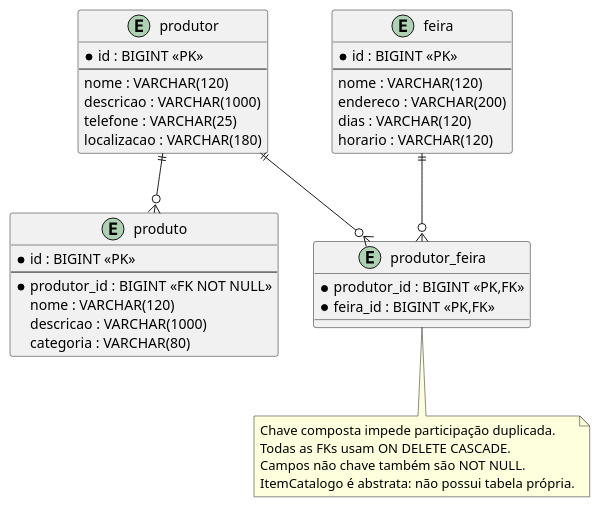
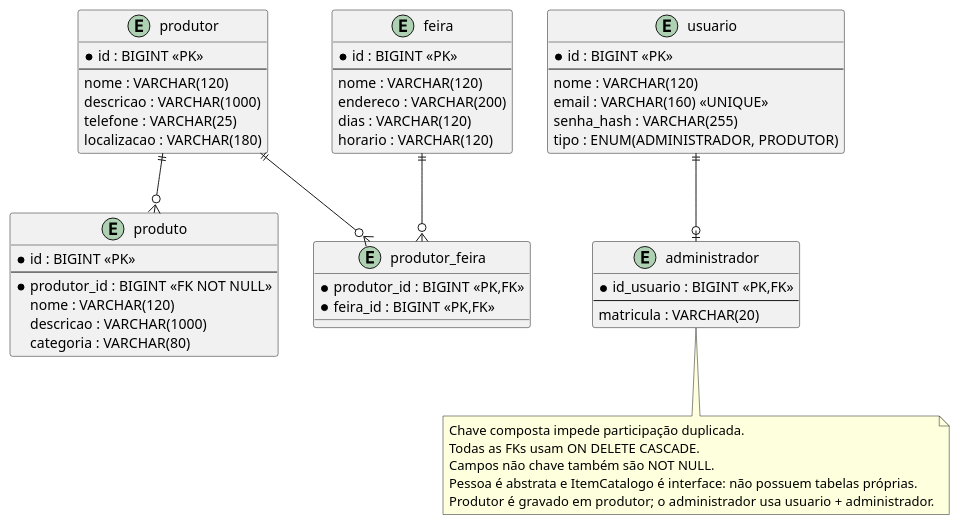
The diagram in docs/diagramas/Banco de dados.puml (KKojiio/raizes-da-terra), drawn with PlantUML before and after one commit. The commit also changed 3 other files, not shown here.

```diff
--- a/docs/diagramas/Banco de dados.puml
+++ b/docs/diagramas/Banco de dados.puml
@@ -1,39 +1,54 @@
 @startuml
 entity produtor {
  * id : BIGINT <<PK>>
  --
  nome : VARCHAR(120)
  descricao : VARCHAR(1000)
  telefone : VARCHAR(25)
  localizacao : VARCHAR(180)
 }
 entity produto {
  * id : BIGINT <<PK>>
  --
  * produtor_id : BIGINT <<FK NOT NULL>>
  nome : VARCHAR(120)
  descricao : VARCHAR(1000)
  categoria : VARCHAR(80)
 }
 entity feira {
  * id : BIGINT <<PK>>
  --
  nome : VARCHAR(120)
  endereco : VARCHAR(200)
  dias : VARCHAR(120)
  horario : VARCHAR(120)
 }
 entity produtor_feira {
  * produtor_id : BIGINT <<PK,FK>>
  * feira_id : BIGINT <<PK,FK>>
 }
 produtor ||--o{ produto
 produtor ||--o{ produtor_feira
 feira ||--o{ produtor_feira
+entity usuario {
+ * id : BIGINT <<PK>>
+ --
+ nome : VARCHAR(120)
+ email : VARCHAR(160) <<UNIQUE>>
+ senha_hash : VARCHAR(255)
+ tipo : ENUM(ADMINISTRADOR, PRODUTOR)
+}
+entity administrador {
+ * id_usuario : BIGINT <<PK,FK>>
+ --
+ matricula : VARCHAR(20)
+}
+usuario ||--o| administrador
 note bottom
 Chave composta impede participação duplicada.
 Todas as FKs usam ON DELETE CASCADE.
 Campos não chave também são NOT NULL.
-ItemCatalogo é abstrata: não possui tabela própria.
+Pessoa é abstrata e ItemCatalogo é interface: não possuem tabelas próprias.
+Produtor é gravado em produtor; o administrador usa usuario + administrador.
 end note
 @enduml
```
